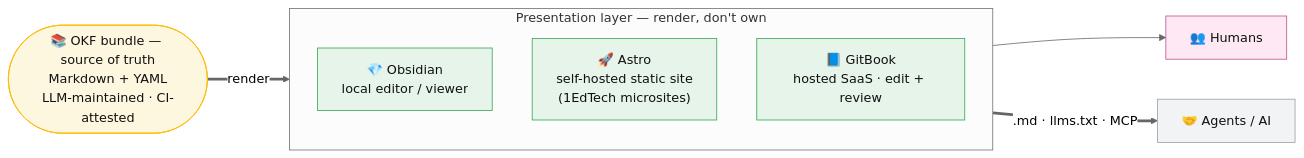
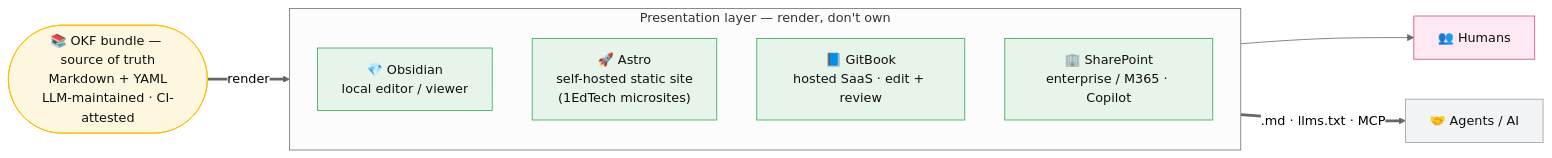
The first of 2 diagrams in concepts/presentation-layer.md (apenutmize/llm-wiki-wiki), drawn with Mermaid (neutral theme) before and after one commit. The commit also changed other lines of this file and 4 other files, not shown here.

First line of the commit message:
Overview: add setup + provider-independence sections; SharePoint in spectrum diagram

````diff
--- a/concepts/presentation-layer.md
+++ b/concepts/presentation-layer.md
@@ -22,24 +22,25 @@
 ```mermaid
 flowchart LR
     KB(["📚 OKF bundle — source of truth<br/>Markdown + YAML<br/>LLM-maintained · CI-attested"])
 
     subgraph PL["Presentation layer — render, don't own"]
         direction TB
         OB["💎 Obsidian<br/>local editor / viewer"]
         AS["🚀 Astro<br/>self-hosted static site<br/>(1EdTech microsites)"]
         GB["📘 GitBook<br/>hosted SaaS · edit + review"]
+        SP["🏢 SharePoint<br/>enterprise / M365 · Copilot"]
     end
 
     HUM["👥 Humans"]
     AG["🤝 Agents / AI"]
 
     KB == "render" ==> PL
     PL --> HUM
     PL == ".md · llms.txt · MCP" ==> AG
 
     classDef bundle fill:#fef7e0,stroke:#fbbc04,color:#111;
     classDef pl fill:#e6f4ea,stroke:#34a853,color:#111;
     classDef human fill:#fde8f3,stroke:#c2508f,color:#111;
     classDef agent fill:#f1f3f4,stroke:#9aa0a6,color:#111;
-    class KB bundle; class OB,AS,GB pl; class HUM human; class AG agent;
+    class KB bundle; class OB,AS,GB,SP pl; class HUM human; class AG agent;
 ```
````
